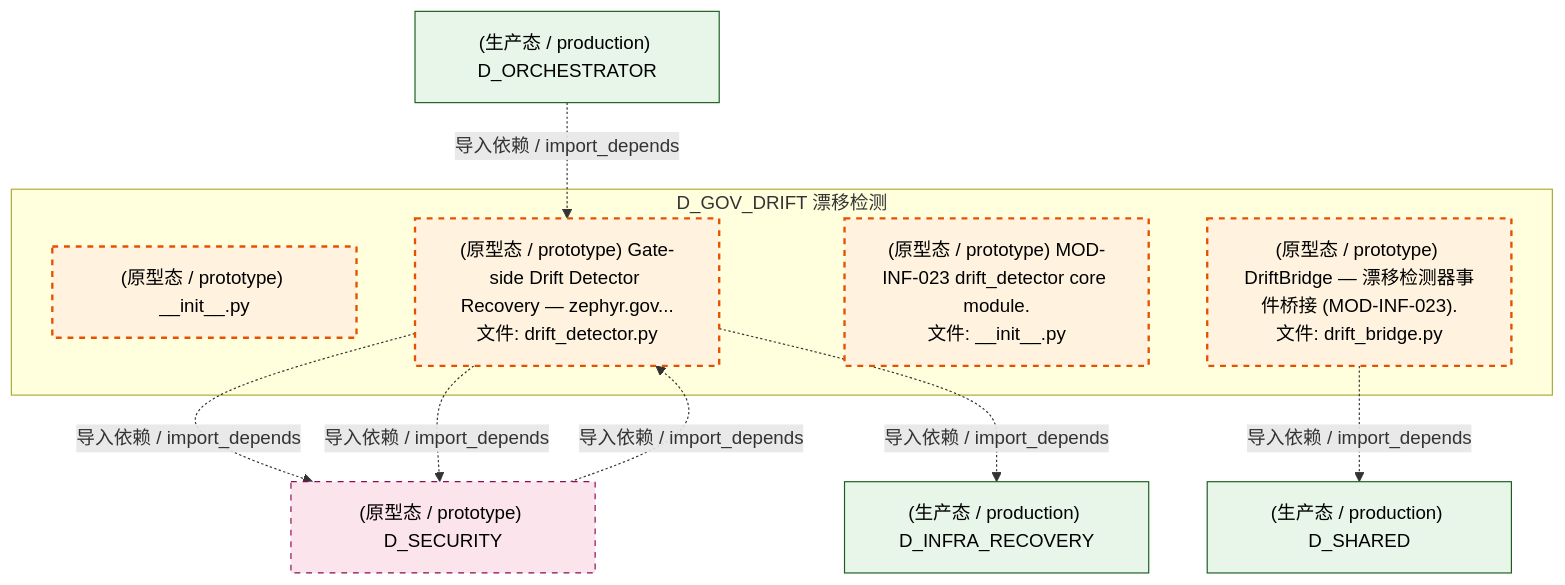
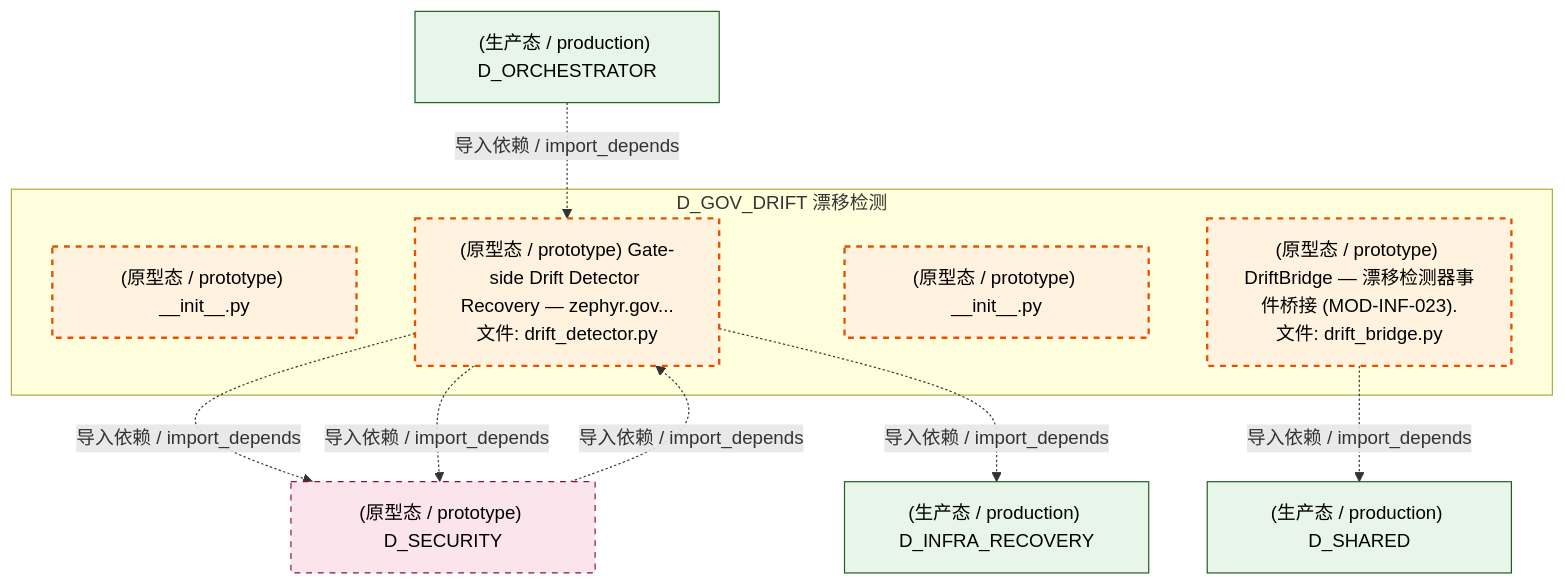
Before and after one commit to xuanFelixVan/ZephyrAlpha: the sixth of 7 diagrams in docs/02_enterprise_architecture/02_domain_architecture_docs/39_d_gov_drift.md, drawn with Mermaid. The commit also changed other lines of this file and 112 other files, not shown here.

````diff
--- a/docs/02_enterprise_architecture/02_domain_architecture_docs/39_d_gov_drift.md
+++ b/docs/02_enterprise_architecture/02_domain_architecture_docs/39_d_gov_drift.md
@@ -569,26 +567,26 @@
 ```mermaid
 graph TD
     subgraph D_GOV_DRIFT["D_GOV_DRIFT 漂移检测"]
         src_zephyr_gov_drift_init_py["(原型态 / prototype) __init__.py"]
         src_zephyr_gov_enforcement_rule_enforcement_drift_detector_py["(原型态 / prototype) Gate-side Drift Detector Recovery — zephyr.gov...<br/>文件: drift_detector.py"]
-        src_zephyr_governance_drift_detector_core_init_py["(原型态 / prototype) MOD-INF-023 drift_detector core module.<br/>文件: __init__.py"]
+        src_zephyr_governance_drift_detector_core_init_py["(原型态 / prototype) __init__.py"]
         src_zephyr_governance_drift_detector_core_bridges_drift_bridge_py["(原型态 / prototype) DriftBridge — 漂移检测器事件桥接 (MOD-INF-023).<br/>文件: drift_bridge.py"]
     end
     D_SHARED["(生产态 / production) D_SHARED"]
     src_zephyr_governance_drift_detector_core_bridges_drift_bridge_py -.->|导入依赖 / import_depends| D_SHARED
     D_SECURITY["(原型态 / prototype) D_SECURITY"]
     src_zephyr_gov_enforcement_rule_enforcement_drift_detector_py -.->|导入依赖 / import_depends| D_SECURITY
     D_INFRA_RECOVERY["(生产态 / production) D_INFRA_RECOVERY"]
     src_zephyr_gov_enforcement_rule_enforcement_drift_detector_py -.->|导入依赖 / import_depends| D_INFRA_RECOVERY
     src_zephyr_gov_enforcement_rule_enforcement_drift_detector_py -.->|导入依赖 / import_depends| D_SECURITY
     D_ORCHESTRATOR["(生产态 / production) D_ORCHESTRATOR"]
     D_ORCHESTRATOR -.->|导入依赖 / import_depends| src_zephyr_gov_enforcement_rule_enforcement_drift_detector_py
     D_SECURITY -.->|导入依赖 / import_depends| src_zephyr_gov_enforcement_rule_enforcement_drift_detector_py
     classDef production fill:#e1f5fe,stroke:#01579b,stroke-width:2px,color:#000
     classDef design fill:#fff3e0,stroke:#e65100,stroke-width:2px,color:#000,stroke-dasharray: 5 5
     classDef external_prod fill:#e8f5e9,stroke:#1b5e20,stroke-width:1px,color:#000
     classDef external_design fill:#fce4ec,stroke:#880e4f,stroke-width:1px,color:#000,stroke-dasharray: 5 5
     class src_zephyr_gov_drift_init_py,src_zephyr_gov_enforcement_rule_enforcement_drift_detector_py,src_zephyr_governance_drift_detector_core_init_py,src_zephyr_governance_drift_detector_core_bridges_drift_bridge_py design
     class D_SHARED,D_INFRA_RECOVERY,D_ORCHESTRATOR external_prod
     class D_SECURITY external_design
 ```
````
